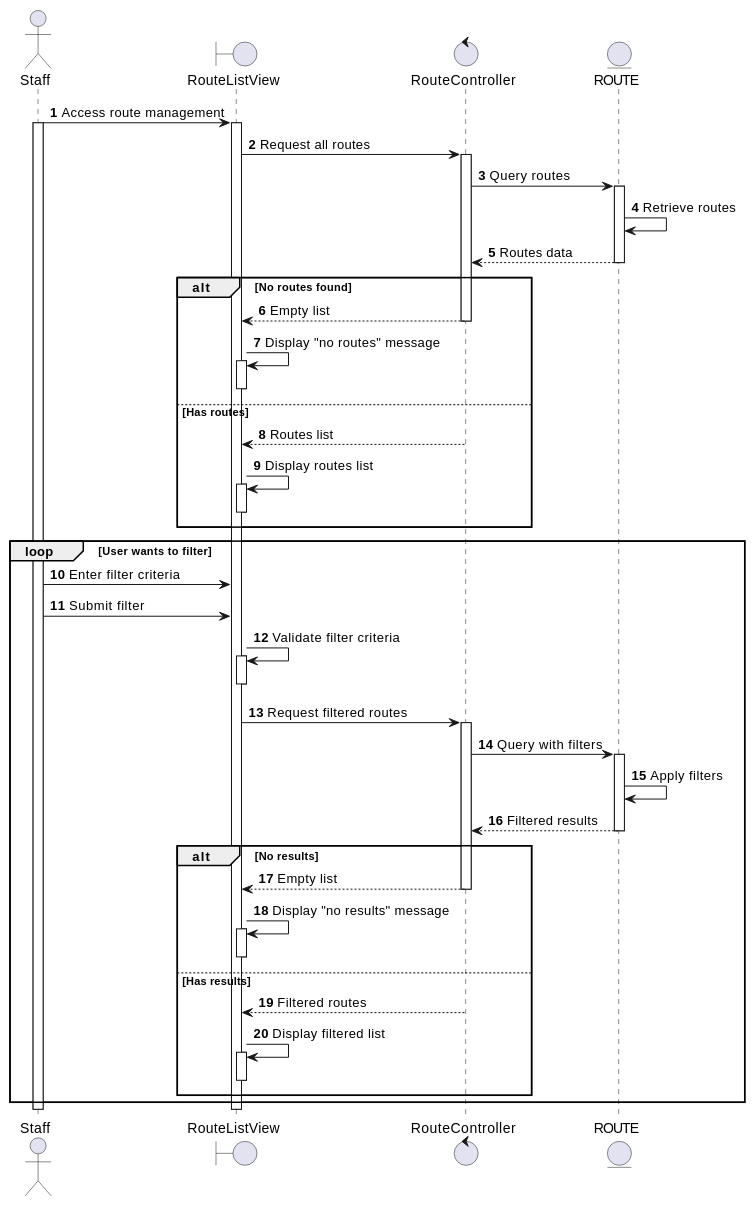
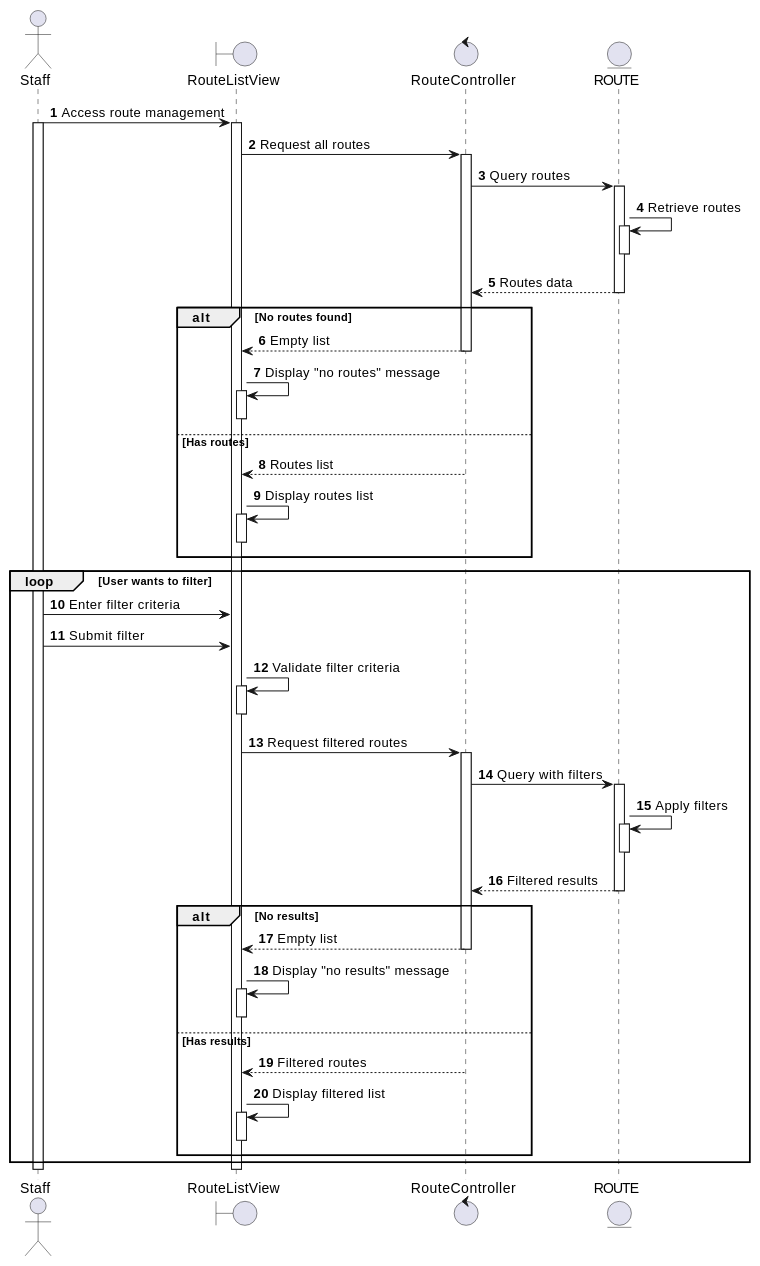
The diagram in docs/docs/sequence/manage-routes/view-and-filter-routes.md (se113-wm/se113-wm.github.io), drawn with PlantUML before and after one commit. The commit also changed 37 other files, not shown here.

First line of the commit message:
Refactor sequence diagrams for booking and trip management

````diff
--- a/docs/docs/sequence/manage-routes/view-and-filter-routes.md
+++ b/docs/docs/sequence/manage-routes/view-and-filter-routes.md
@@ -3,70 +3,74 @@
 ```plantuml
 @startuml
 autonumber
 
 actor Staff as S
 boundary RouteListView as RLV
 control RouteController as RC
 entity ROUTE as R
 
 S -> RLV: Access route management
 activate S
 activate RLV
 RLV -> RC: Request all routes
 activate RC
 RC -> R: Query routes
 activate R
 R -> R: Retrieve routes
+activate R
+deactivate R
 RC <-- R: Routes data
 deactivate R
 
 alt No routes found
   RLV <-- RC: Empty list
   deactivate RC
   RLV -> RLV: Display "no routes" message
   activate RLV
   deactivate RLV
 else Has routes
   RLV <-- RC: Routes list
   deactivate RC
   RLV -> RLV: Display routes list
   activate RLV
   deactivate RLV
 end
 
 loop User wants to filter
   S -> RLV: Enter filter criteria
   S -> RLV: Submit filter
   RLV -> RLV: Validate filter criteria
   activate RLV
   deactivate RLV
   RLV -> RC: Request filtered routes
   activate RC
   RC -> R: Query with filters
   activate R
   R -> R: Apply filters
+  activate R
+  deactivate R
   RC <-- R: Filtered results
   deactivate R
 
   alt No results
     RLV <-- RC: Empty list
     deactivate RC
     RLV -> RLV: Display "no results" message
     activate RLV
     deactivate RLV
   else Has results
     RLV <-- RC: Filtered routes
     deactivate RC
     RLV -> RLV: Display filtered list
     activate RLV
     deactivate RLV
   end
 end
 
 deactivate RLV
 deactivate S
 
 @enduml
 
 <!-- diagram id="sequence-manage-routes-view-and-filter-routes" -->
 ```
````
